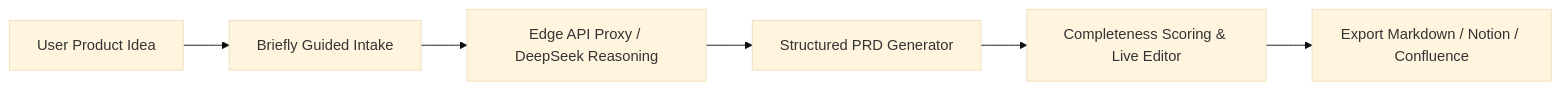
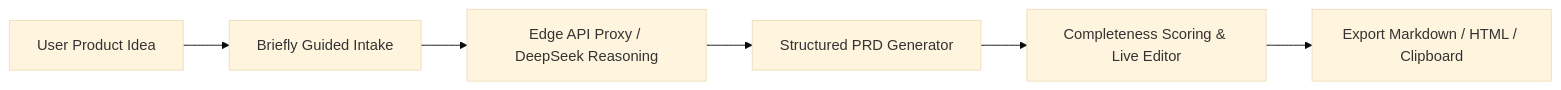
The diagram in README.md (MadanMohan0537/briefly-prd-ai), drawn with Mermaid (base theme) before and after one commit. The commit also changed other lines of this file, not shown here.

````diff
--- a/README.md
+++ b/README.md
@@ -49,8 +64,8 @@
 ```mermaid
 flowchart LR
     A[User Product Idea] --> B[Briefly Guided Intake]
     B --> C[Edge API Proxy / DeepSeek Reasoning]
     C --> D[Structured PRD Generator]
     D --> E[Completeness Scoring & Live Editor]
-    E --> F[Export Markdown / Notion / Confluence]
+    E --> F[Export Markdown / HTML / Clipboard]
 ```
````
